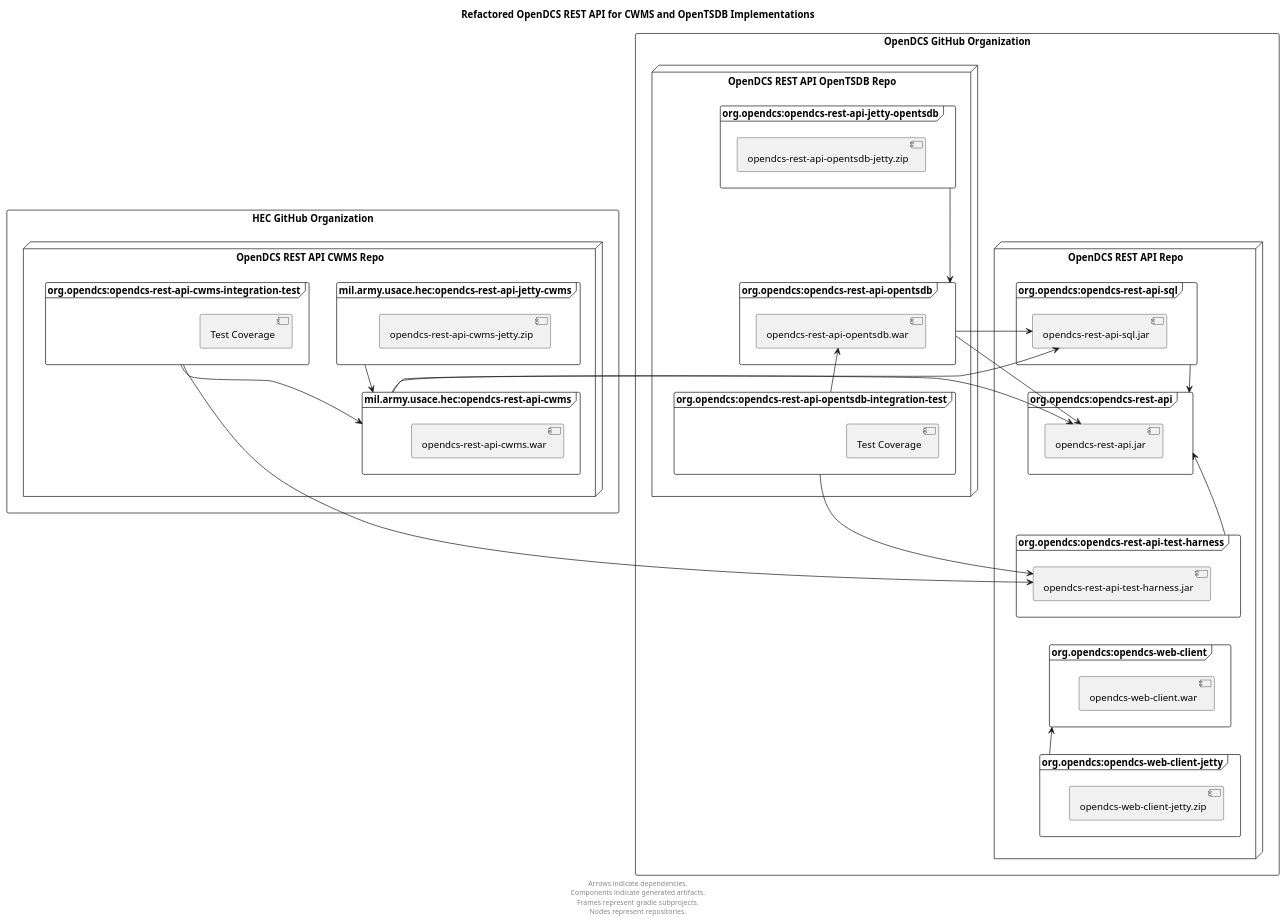
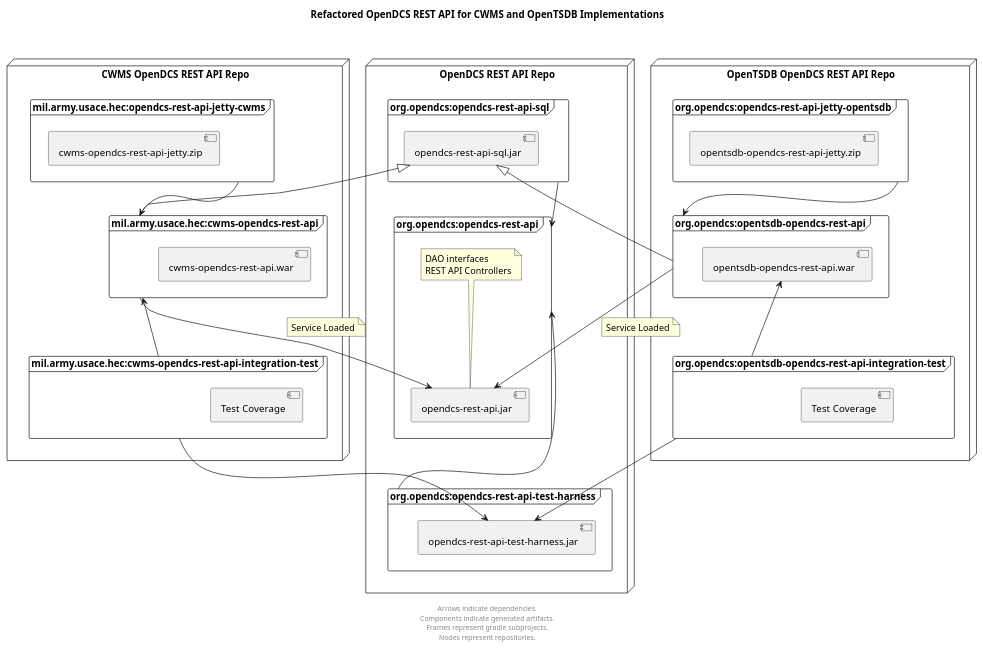
Before and after one commit to adamkorynta/opendcs_rest_api: the diagram in doc-source/cwms_refactor_work_plan.puml, drawn with PlantUML. The commit also changed 1 other file, not shown here.

```diff
--- a/doc-source/cwms_refactor_work_plan.puml
+++ b/doc-source/cwms_refactor_work_plan.puml
@@ -1,78 +1,76 @@
 @startuml
 'https://plantuml.com/component-diagram
 title "Refactored OpenDCS REST API for CWMS and OpenTSDB Implementations"
 
 top to bottom direction
-rectangle OpenDCS_GitHubOrg as "OpenDCS GitHub Organization"{
-    node OpenDCS_RESTAPI_Repo as "OpenDCS REST API Repo" {
-        frame opendcs_rest_api_gradle as "org.opendcs:opendcs-rest-api" {
-            component opendcs_rest_api_jar as "opendcs-rest-api.jar"
-        }
-        frame opendcs_rest_api_sql_gradle as "org.opendcs:opendcs-rest-api-sql" {
-            component opendcs_rest_api_sql_jar as "opendcs-rest-api-sql.jar"
-        }
-        frame opendcs_rest_api_integration_gradle as "org.opendcs:opendcs-rest-api-test-harness" {
-            component opendcs_rest_api_test_harness_jar as "opendcs-rest-api-test-harness.jar"
-        }
-        frame opendcs_web_client_gradle as "org.opendcs:opendcs-web-client" {
-            component opendcs_web_client_war as "opendcs-web-client.war"
-        }
-        frame opendcs_web_client_jetty_gradle as "org.opendcs:opendcs-web-client-jetty" {
-            component opendcs_web_client_jetty as "opendcs-web-client-jetty.zip"
-        }
+node OpenDCS_RESTAPI_Repo as "OpenDCS REST API Repo" {
+    frame opendcs_rest_api_gradle as "org.opendcs:opendcs-rest-api" {
+        component opendcs_rest_api_jar as "opendcs-rest-api.jar"
+        note top of opendcs_rest_api_jar
+            DAO interfaces
+            REST API Controllers
+        end note
     }
-    node OpenDCS_RESTAPI_OPENTSDB_Repo as "OpenDCS REST API OpenTSDB Repo" {
-        frame opendcs_rest_api_opentsdb_gradle as "org.opendcs:opendcs-rest-api-opentsdb" {
-            component opendcs_rest_api_opentsdb_war as "opendcs-rest-api-opentsdb.war"
-        }
-        frame opendcs_rest_api_jetty_opentsdb_gradle as "org.opendcs:opendcs-rest-api-jetty-opentsdb" {
-            component opendcs_rest_api_opentsdb_jetty as "opendcs-rest-api-opentsdb-jetty.zip"
-        }
-        frame opendcs_rest_api_opentsdb_integration_gradle as "org.opendcs:opendcs-rest-api-opentsdb-integration-test" {
-            component test_coverage_opentsdb as "Test Coverage"
-        }
+    frame opendcs_rest_api_sql_gradle as "org.opendcs:opendcs-rest-api-sql" {
+        component opendcs_rest_api_sql_jar as "opendcs-rest-api-sql.jar"
+    }
+    frame opendcs_rest_api_integration_gradle as "org.opendcs:opendcs-rest-api-test-harness" {
+        component opendcs_rest_api_test_harness_jar as "opendcs-rest-api-test-harness.jar"
     }
 }
-
-rectangle HEC_GitHubOrg as "HEC GitHub Organization" {
-    node OpenDCS_REST_API_CWMS_Repo as "OpenDCS REST API CWMS Repo"{
-        frame opendcs_rest_api_cwms_gradle as "mil.army.usace.hec:opendcs-rest-api-cwms" {
-            component opendcs_rest_api_cwms_war as "opendcs-rest-api-cwms.war"
-        }
-        frame opendcs_rest_api_jetty_cwms_gradle as "mil.army.usace.hec:opendcs-rest-api-jetty-cwms" {
-            component opendcs_rest_api_cwms_jetty as "opendcs-rest-api-cwms-jetty.zip"
-        }
-        frame opendcs_rest_api_cwms_integration_gradle as "org.opendcs:opendcs-rest-api-cwms-integration-test" {
-            component test_coverage_cwms as "Test Coverage"
-        }
+node OpenDCS_RESTAPI_OPENTSDB_Repo as "OpenTSDB OpenDCS REST API Repo" {
+    frame opendcs_rest_api_opentsdb_gradle as "org.opendcs:opentsdb-opendcs-rest-api" {
+        component opendcs_rest_api_opentsdb_war as "opentsdb-opendcs-rest-api.war"
+    }
+    frame opendcs_rest_api_jetty_opentsdb_gradle as "org.opendcs:opendcs-rest-api-jetty-opentsdb" {
+        component opendcs_rest_api_opentsdb_jetty as "opentsdb-opendcs-rest-api-jetty.zip"
+    }
+    frame opendcs_rest_api_opentsdb_integration_gradle as "org.opendcs:opentsdb-opendcs-rest-api-integration-test" {
+        component test_coverage_opentsdb as "Test Coverage"
+    }
+}
+node OpenDCS_REST_API_CWMS_Repo as "CWMS OpenDCS REST API Repo"{
+    frame opendcs_rest_api_cwms_gradle as "mil.army.usace.hec:cwms-opendcs-rest-api" {
+        component opendcs_rest_api_cwms_war as "cwms-opendcs-rest-api.war"
+    }
+    frame opendcs_rest_api_jetty_cwms_gradle as "mil.army.usace.hec:opendcs-rest-api-jetty-cwms" {
+        component opendcs_rest_api_cwms_jetty as "cwms-opendcs-rest-api-jetty.zip"
+    }
+    frame opendcs_rest_api_cwms_integration_gradle as "mil.army.usace.hec:cwms-opendcs-rest-api-integration-test" {
+        component test_coverage_cwms as "Test Coverage"
     }
 }
 
 opendcs_rest_api_sql_jar -down[hidden]-> opendcs_rest_api_jar
 opendcs_rest_api_jar -down[hidden]-> opendcs_rest_api_integration_gradle
-opendcs_rest_api_integration_gradle -down[hidden]-> opendcs_web_client_war
+opendcs_rest_api_cwms_jetty -right[hidden]-> opendcs_rest_api_sql_jar
 
 opendcs_rest_api_cwms_jetty -down[hidden]-> opendcs_rest_api_cwms_gradle
-opendcs_rest_api_cwms_integration_gradle -down-> opendcs_rest_api_cwms_gradle
+opendcs_rest_api_cwms_integration_gradle -up-> opendcs_rest_api_cwms_gradle
 
 opendcs_rest_api_opentsdb_jetty -down[hidden]-> opendcs_rest_api_opentsdb_war
 opendcs_rest_api_opentsdb_integration_gradle -up-> opendcs_rest_api_opentsdb_war
 
 opendcs_rest_api_sql_gradle -down-> opendcs_rest_api_gradle
 
-opendcs_web_client_jetty_gradle -up-> opendcs_web_client_gradle
 opendcs_rest_api_cwms_gradle -right-> opendcs_rest_api_jar
+note on link
+  Service Loaded
+end note
 opendcs_rest_api_jetty_cwms_gradle -down-> opendcs_rest_api_cwms_gradle
-opendcs_rest_api_cwms_gradle -right-> opendcs_rest_api_sql_jar
+opendcs_rest_api_cwms_gradle -right-|> opendcs_rest_api_sql_jar
 
 opendcs_rest_api_opentsdb_gradle -right-> opendcs_rest_api_jar
-opendcs_rest_api_opentsdb_gradle -right-> opendcs_rest_api_sql_jar
+note on link
+  Service Loaded
+end note
+opendcs_rest_api_opentsdb_gradle -right--|> opendcs_rest_api_sql_jar
 opendcs_rest_api_jetty_opentsdb_gradle -down-> opendcs_rest_api_opentsdb_gradle
 
 opendcs_rest_api_integration_gradle -down-> opendcs_rest_api_gradle
 opendcs_rest_api_cwms_integration_gradle -left-> opendcs_rest_api_test_harness_jar
 opendcs_rest_api_opentsdb_integration_gradle -right-> opendcs_rest_api_test_harness_jar
-
+opendcs_rest_api_opentsdb_jetty -left[hidden]-> opendcs_rest_api_sql_jar
 
 footer "Arrows indicate dependencies.\nComponents indicate generated artifacts.\nFrames represent gradle subprojects.\nNodes represent repositories."
 @enduml
```
